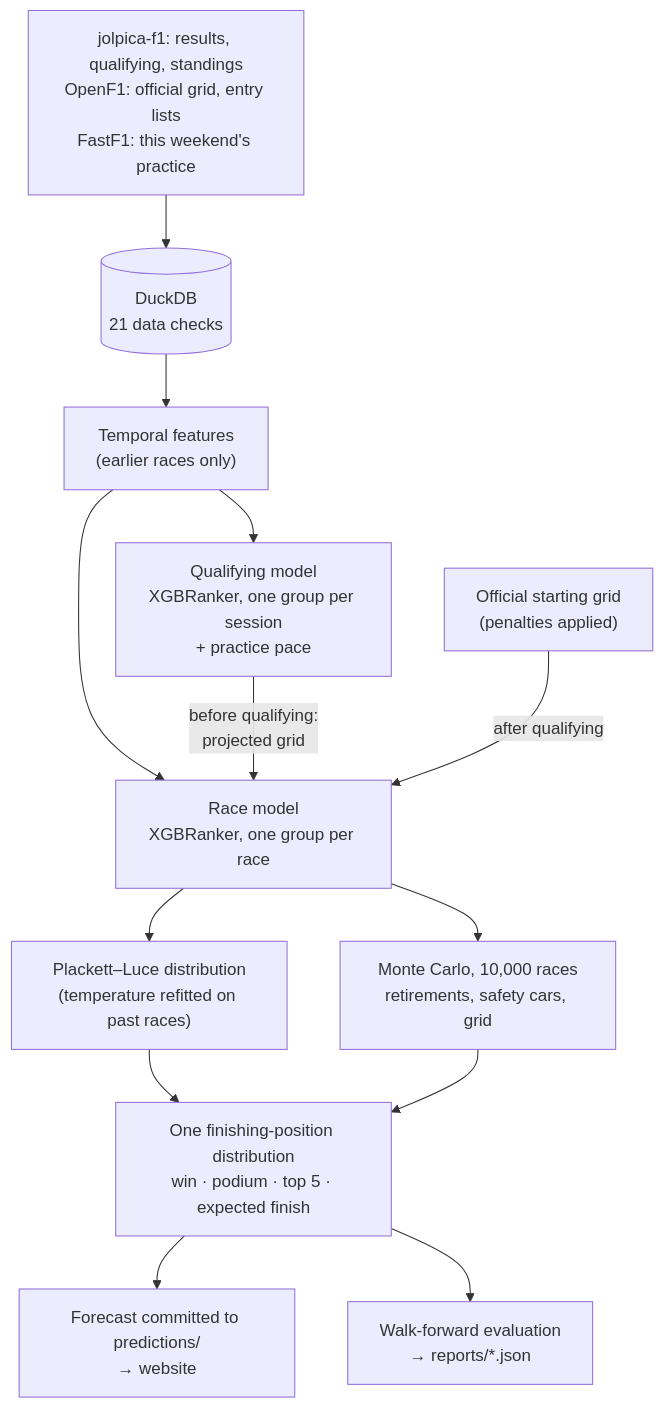
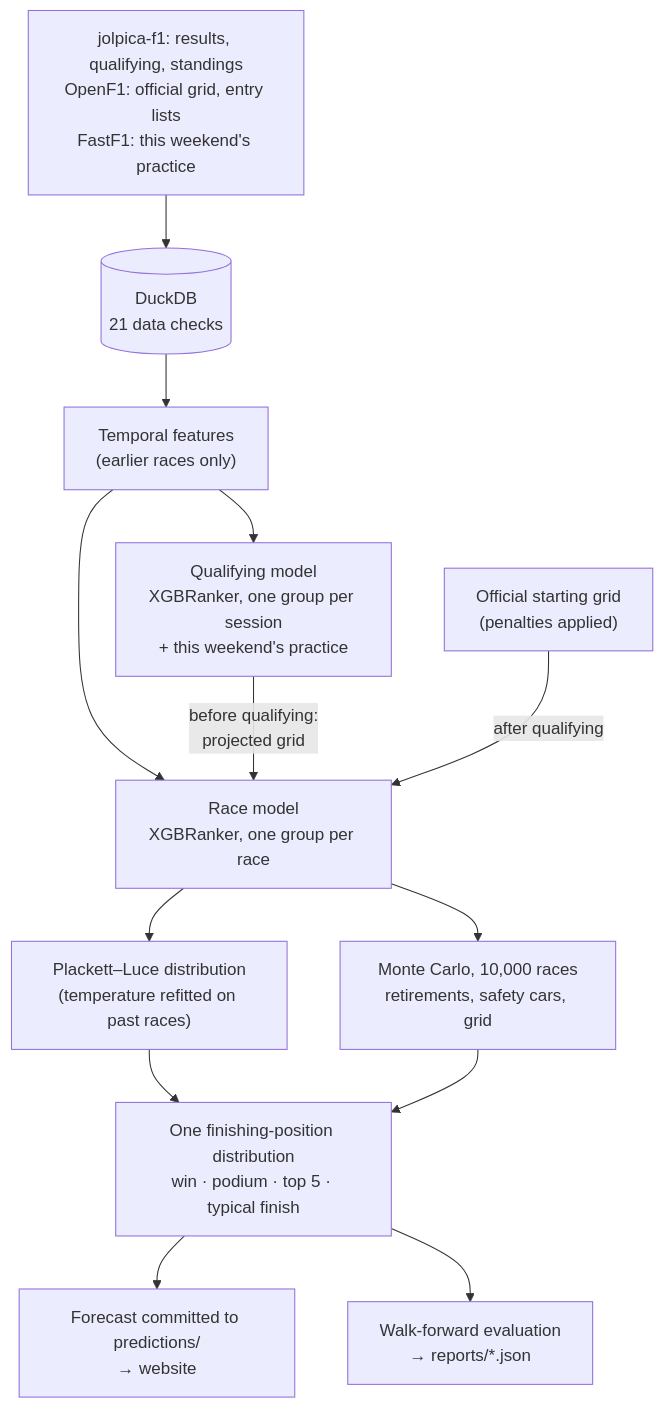
One commit to Parikshit06/f1pred changed the diagram in README.md. Above: the diagram before and after it, drawn with Mermaid. The commit also changed other lines of this file and 23 other files, not shown here.

First line of the commit message:
Held-out practice test, three forecasts a weekend, final site and cleanup

````diff
--- a/README.md
+++ b/README.md
@@ -59,15 +77,15 @@
 ```mermaid
 flowchart TD
     A["jolpica-f1: results, qualifying, standings<br/>OpenF1: official grid, entry lists<br/>FastF1: this weekend's practice"] --> B[("DuckDB<br/>21 data checks")]
     B --> C["Temporal features<br/>(earlier races only)"]
-    C --> Q["Qualifying model<br/>XGBRanker, one group per session<br/>+ practice pace"]
+    C --> Q["Qualifying model<br/>XGBRanker, one group per session<br/>+ this weekend's practice"]
     C --> R["Race model<br/>XGBRanker, one group per race"]
     Q -- "before qualifying:<br/>projected grid" --> R
     G["Official starting grid<br/>(penalties applied)"] -- "after qualifying" --> R
     R --> P["Plackett–Luce distribution<br/>(temperature refitted on past races)"]
     R --> M["Monte Carlo, 10,000 races<br/>retirements, safety cars, grid"]
-    P --> F["One finishing-position distribution<br/>win · podium · top 5 · expected finish"]
+    P --> F["One finishing-position distribution<br/>win · podium · top 5 · typical finish"]
     M --> F
     F --> W["Forecast committed to predictions/<br/>→ website"]
     F --> E["Walk-forward evaluation<br/>→ reports/*.json"]
 ```
````
